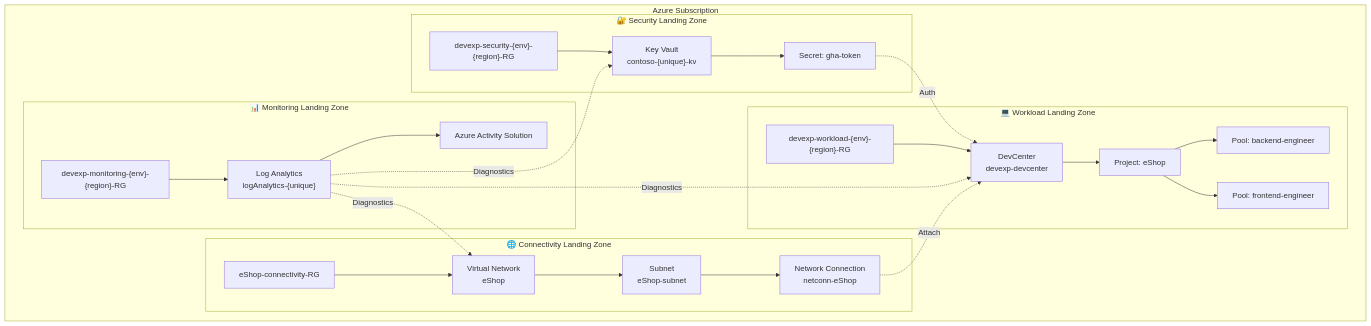
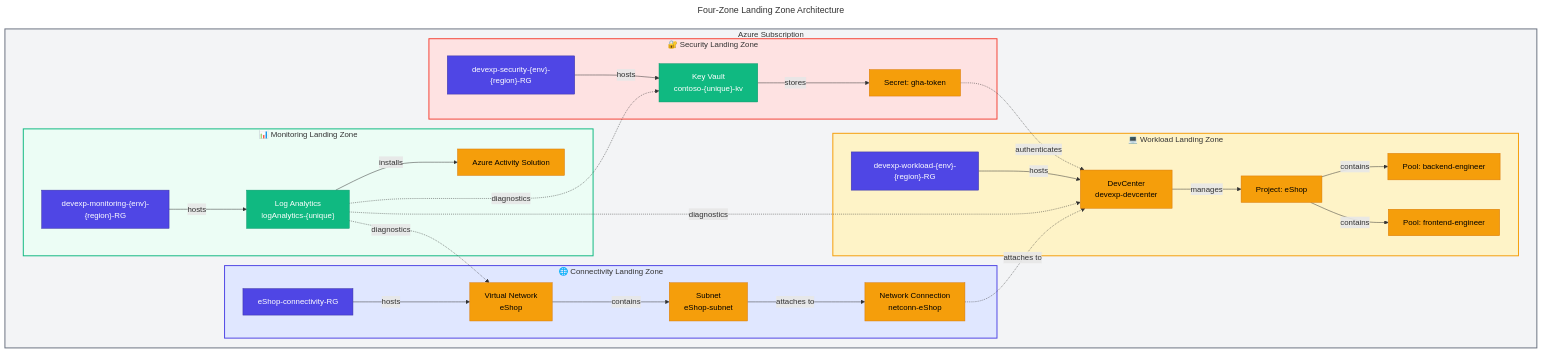
Before and after one commit to Evilazaro/DevExp-DevBox: the second of 14 diagrams in docs/architecture/04-technology-architecture.md, drawn with Mermaid. The commit also changed other lines of this file, not shown here.

Commit message:
Refactor technology architecture documentation to enhance clarity and detail in Azure services flowcharts and four-zone architecture diagrams

````diff
--- a/docs/architecture/04-technology-architecture.md
+++ b/docs/architecture/04-technology-architecture.md
@@ -172,52 +206,78 @@
 ```mermaid
+---
+title: Four-Zone Landing Zone Architecture
+---
 flowchart TB
+    %% ===== STYLE DEFINITIONS =====
+    classDef primary fill:#4F46E5,stroke:#3730A3,color:#FFFFFF
+    classDef secondary fill:#10B981,stroke:#059669,color:#FFFFFF
+    classDef datastore fill:#F59E0B,stroke:#D97706,color:#000000
+
+    %% ===== SUBSCRIPTION =====
     subgraph Subscription["Azure Subscription"]
+        %% ===== SECURITY ZONE =====
         subgraph SecurityZone["🔐 Security Landing Zone"]
             SEC_RG["devexp-security-{env}-{region}-RG"]
             KV["Key Vault<br/>contoso-{unique}-kv"]
             SECRET["Secret: gha-token"]
         end
 
+        %% ===== MONITORING ZONE =====
         subgraph MonitoringZone["📊 Monitoring Landing Zone"]
             MON_RG["devexp-monitoring-{env}-{region}-RG"]
             LA["Log Analytics<br/>logAnalytics-{unique}"]
             SOL["Azure Activity Solution"]
         end
 
+        %% ===== CONNECTIVITY ZONE =====
         subgraph ConnectivityZone["🌐 Connectivity Landing Zone"]
             CON_RG["eShop-connectivity-RG"]
             VNET["Virtual Network<br/>eShop"]
             SUBNET["Subnet<br/>eShop-subnet"]
             NC["Network Connection<br/>netconn-eShop"]
         end
 
+        %% ===== WORKLOAD ZONE =====
         subgraph WorkloadZone["💻 Workload Landing Zone"]
             WRK_RG["devexp-workload-{env}-{region}-RG"]
             DC["DevCenter<br/>devexp-devcenter"]
             PROJ["Project: eShop"]
             POOL1["Pool: backend-engineer"]
             POOL2["Pool: frontend-engineer"]
         end
     end
 
-    SEC_RG --> KV
-    KV --> SECRET
+    %% ===== CONNECTIONS =====
+    SEC_RG -->|"hosts"| KV
+    KV -->|"stores"| SECRET
 
-    MON_RG --> LA
-    LA --> SOL
+    MON_RG -->|"hosts"| LA
+    LA -->|"installs"| SOL
 
-    CON_RG --> VNET
-    VNET --> SUBNET
-    SUBNET --> NC
+    CON_RG -->|"hosts"| VNET
+    VNET -->|"contains"| SUBNET
+    SUBNET -->|"attaches to"| NC
 
-    WRK_RG --> DC
-    DC --> PROJ
-    PROJ --> POOL1
-    PROJ --> POOL2
+    WRK_RG -->|"hosts"| DC
+    DC -->|"manages"| PROJ
+    PROJ -->|"contains"| POOL1
+    PROJ -->|"contains"| POOL2
 
-    NC -.->|Attach| DC
-    SECRET -.->|Auth| DC
-    LA -.->|Diagnostics| KV
-    LA -.->|Diagnostics| DC
-    LA -.->|Diagnostics| VNET
+    NC -.->|"attaches to"| DC
+    SECRET -.->|"authenticates"| DC
+    LA -.->|"diagnostics"| KV
+    LA -.->|"diagnostics"| DC
+    LA -.->|"diagnostics"| VNET
+
+    %% ===== APPLY STYLES =====
+    class SEC_RG,MON_RG,CON_RG,WRK_RG primary
+    class KV,LA secondary
+    class SECRET,SOL,VNET,SUBNET,NC,DC,PROJ,POOL1,POOL2 datastore
+
+    %% ===== SUBGRAPH STYLING =====
+    style Subscription fill:#F3F4F6,stroke:#6B7280,stroke-width:2px
+    style SecurityZone fill:#FEE2E2,stroke:#F44336,stroke-width:2px
+    style MonitoringZone fill:#ECFDF5,stroke:#10B981,stroke-width:2px
+    style ConnectivityZone fill:#E0E7FF,stroke:#4F46E5,stroke-width:2px
+    style WorkloadZone fill:#FEF3C7,stroke:#F59E0B,stroke-width:2px
 ```
````
